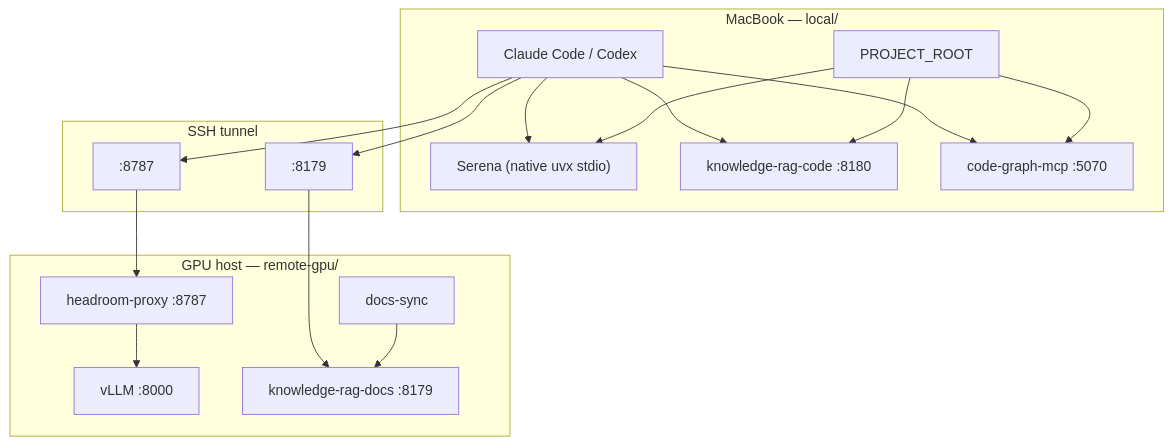
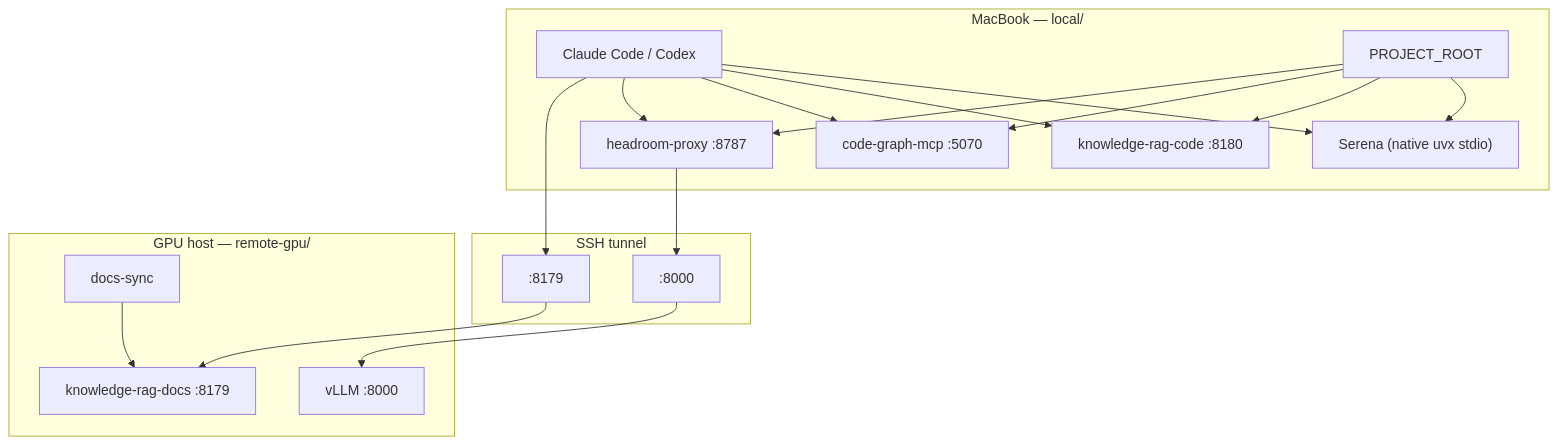
The diagram in README.md (anujvns2007/hyper-agent), drawn with Mermaid before and after one commit. The commit also changed other lines of this file and 8 other files, not shown here.

````diff
--- a/README.md
+++ b/README.md
@@ -9,37 +9,38 @@
 ```mermaid
 flowchart TB
   subgraph mac["MacBook — local/"]
     IDE["Claude Code / Codex"]
     SER["Serena (native uvx stdio)"]
+    HR["headroom-proxy :8787"]
     KRC["knowledge-rag-code :8180"]
     REPO["PROJECT_ROOT"]
     CG["code-graph-mcp :5070"]
 
     REPO --> SER
     REPO --> KRC
     REPO --> CG
+    REPO --> HR
     IDE --> SER
     IDE --> KRC
     IDE --> CG
+    IDE --> HR
   end
 
   subgraph tunnel["SSH tunnel"]
-    T8787[":8787"]
+    T8000[":8000"]
     T8179[":8179"]
   end
 
   subgraph gpu["GPU host — remote-gpu/"]
-    HR["headroom-proxy :8787"]
     VLLM["vLLM :8000"]
     KRD["knowledge-rag-docs :8179"]
     SYNC["docs-sync"]
 
-    HR --> VLLM
     SYNC --> KRD
   end
 
-  IDE --> T8787
+  HR --> T8000
   IDE --> T8179
-  T8787 --> HR
+  T8000 --> VLLM
   T8179 --> KRD
 ```
````
